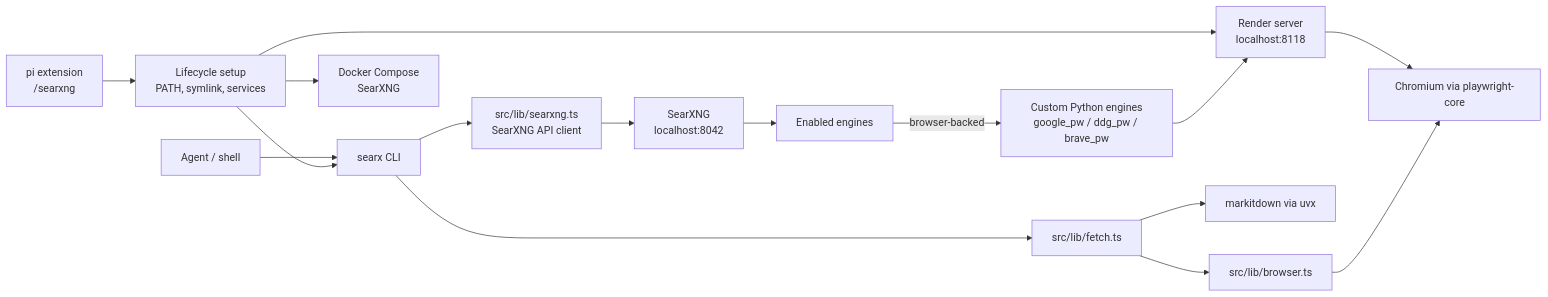
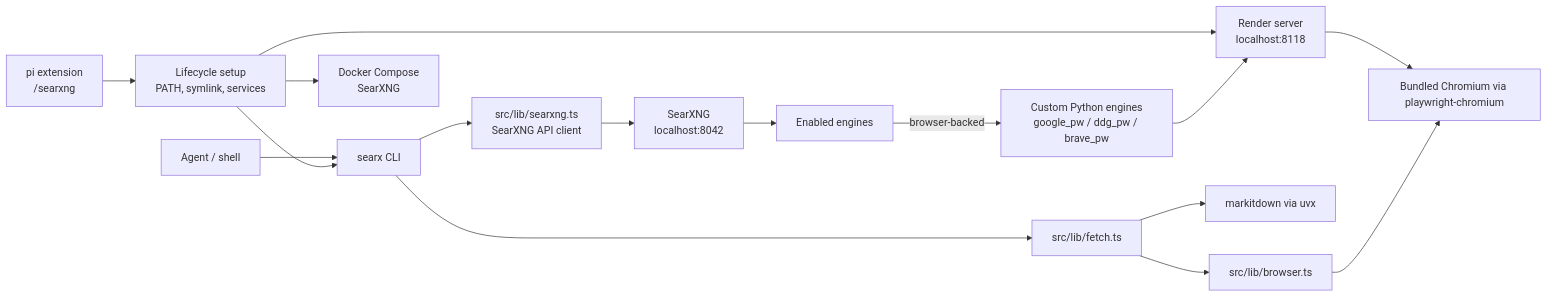
Before and after one commit to sigilmakes/pi-searxng: the first of 2 diagrams in docs/architecture.md, drawn with Mermaid. The commit also changed other lines of this file and 13 other files, not shown here.

Commit message:
fix: bundle Chromium for browser rendering

````diff
--- a/docs/architecture.md
+++ b/docs/architecture.md
@@ -7,20 +7,20 @@
 ```mermaid
 flowchart LR
     Agent[Agent / shell] --> CLI[searx CLI]
     Pi[pi extension<br/>/searxng] --> Lifecycle[Lifecycle setup<br/>PATH, symlink, services]
     Lifecycle --> CLI
     Lifecycle --> Docker[Docker Compose<br/>SearXNG]
     Lifecycle --> Render[Render server<br/>localhost:8118]
 
     CLI --> Client[src/lib/searxng.ts<br/>SearXNG API client]
     Client --> SearXNG[SearXNG<br/>localhost:8042]
     SearXNG --> Engines[Enabled engines]
     Engines -->|browser-backed| Custom[Custom Python engines<br/>google_pw / ddg_pw / brave_pw]
     Custom --> Render
-    Render --> Browser[Chromium via playwright-core]
+    Render --> Browser[Bundled Chromium via playwright-chromium]
 
     CLI --> Fetch[src/lib/fetch.ts]
     Fetch --> Markitdown[markitdown via uvx]
     Fetch --> BrowserLib[src/lib/browser.ts]
     BrowserLib --> Browser
 ```
````
